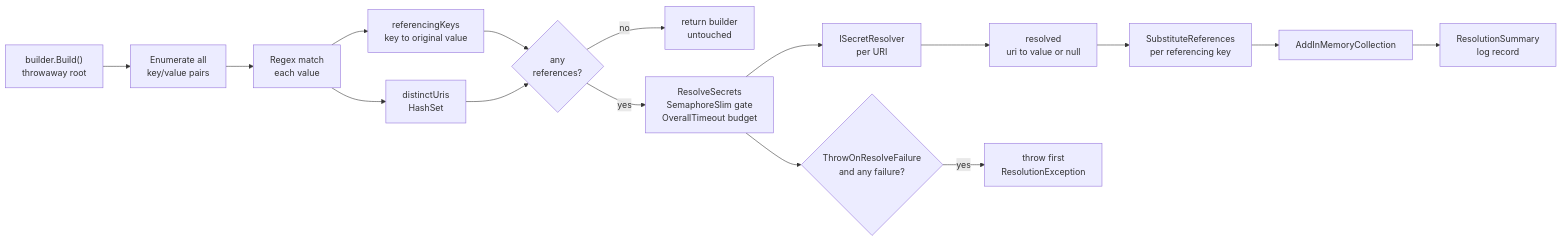
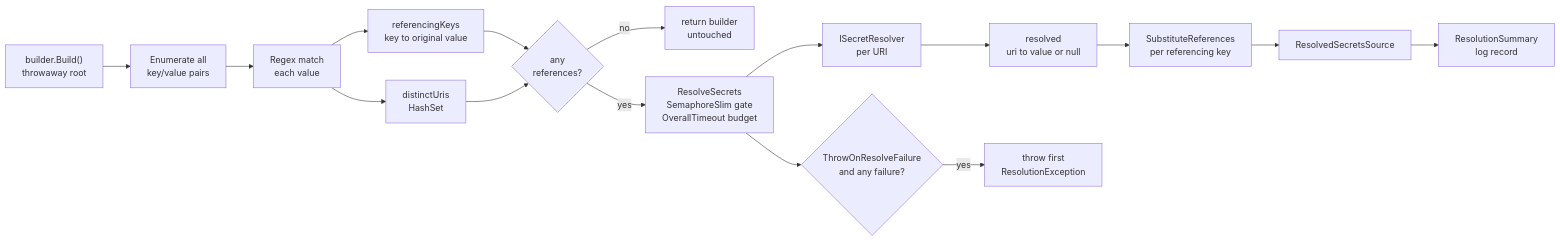
Before and after one commit to gijswalraven/KeyVaultReferenceResolver: the diagram in docs/Architecture/Secret-Resolution-Pipeline.md, drawn with Mermaid. The commit also changed other lines of this file and 9 other files, not shown here.

````diff
--- a/docs/Architecture/Secret-Resolution-Pipeline.md
+++ b/docs/Architecture/Secret-Resolution-Pipeline.md
@@ -13,18 +13,18 @@
 ```mermaid
 graph LR
     A["builder.Build()<br/>throwaway root"] --> B["Enumerate all<br/>key/value pairs"]
     B --> C["Regex match<br/>each value"]
     C --> D["referencingKeys<br/>key to original value"]
     C --> E["distinctUris<br/>HashSet"]
     D --> F{"any<br/>references?"}
     E --> F
     F -->|"no"| G["return builder<br/>untouched"]
     F -->|"yes"| H["ResolveSecrets<br/>SemaphoreSlim gate<br/>OverallTimeout budget"]
     H --> I["ISecretResolver<br/>per URI"]
     I --> J["resolved<br/>uri to value or null"]
     J --> K["SubstituteReferences<br/>per referencing key"]
-    K --> L["AddInMemoryCollection"]
+    K --> L["ResolvedSecretsSource"]
     L --> M["ResolutionSummary<br/>log record"]
     H --> N{"ThrowOnResolveFailure<br/>and any failure?"}
     N -->|"yes"| O["throw first<br/>ResolutionException"]
 ```
````
